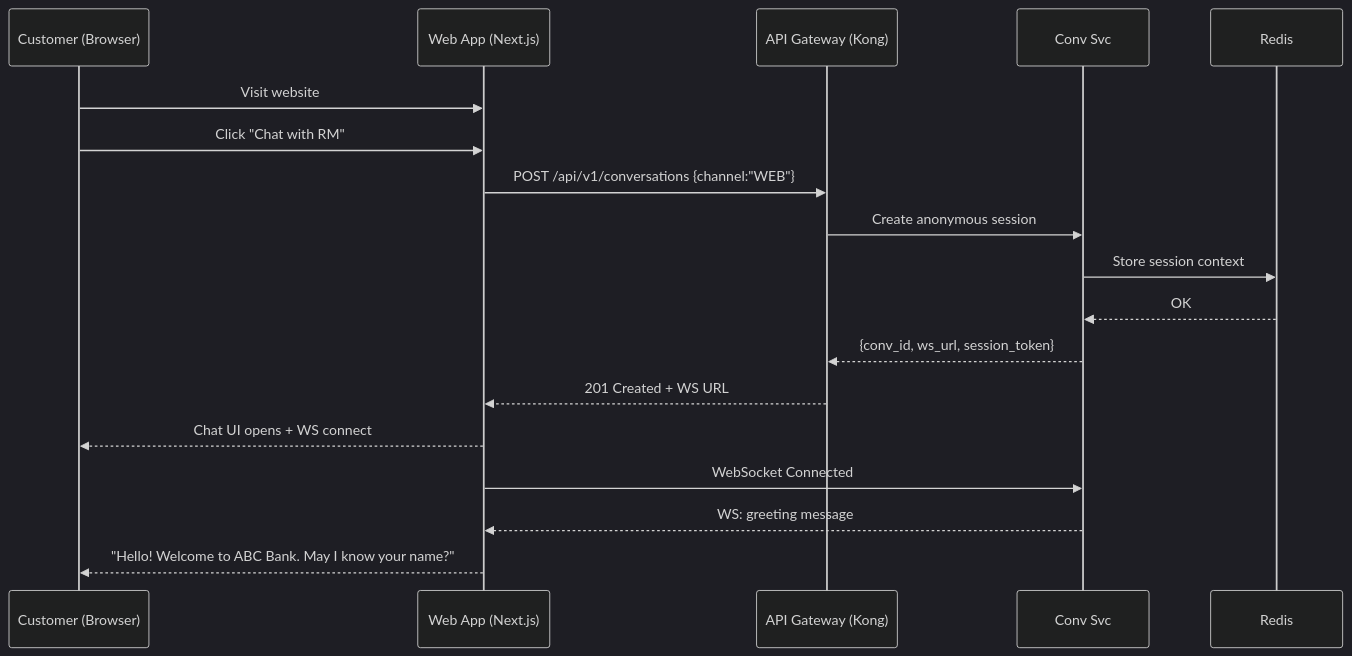
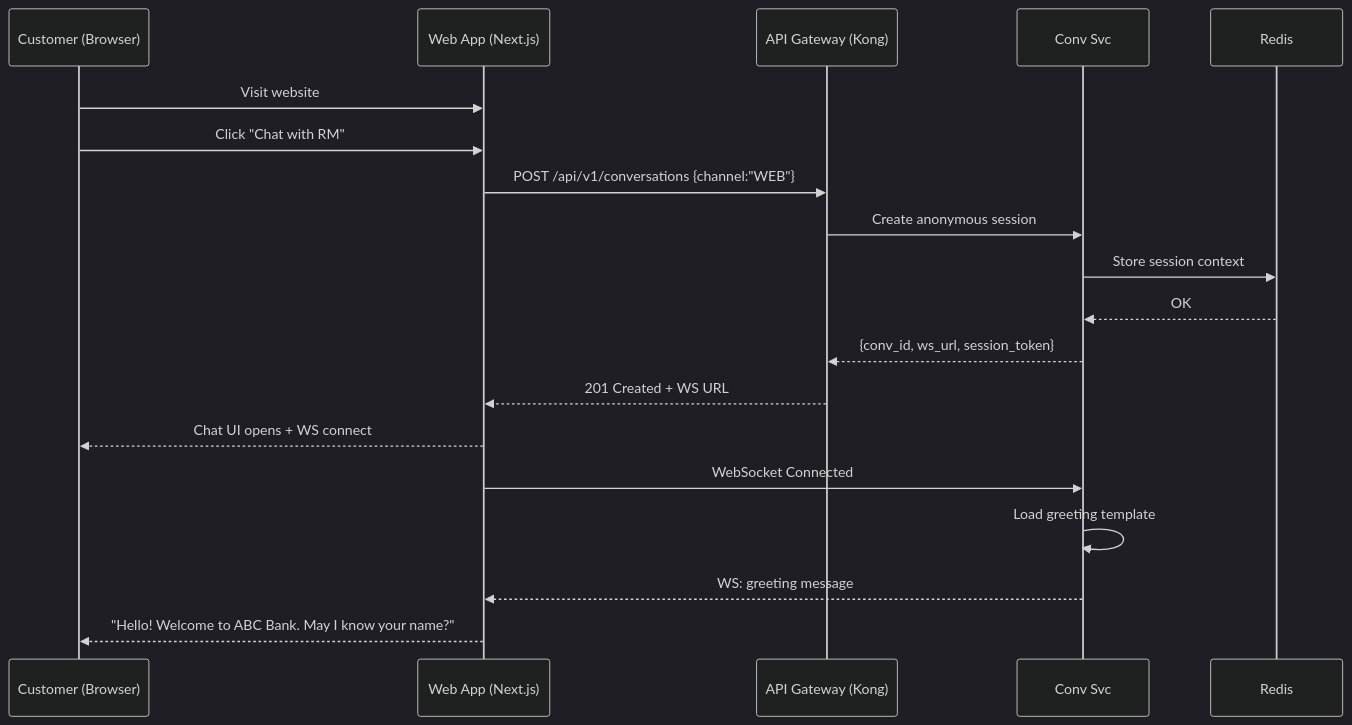
The first of 20 diagrams in docs/design/05-sequence-diagrams.md (Cognition-Partner-Workshops/uc-framework-upgrade-monolith-to-microservices), drawn with Mermaid (dark theme) before and after one commit. The commit also changed other lines of this file and 4 other files, not shown here.

````diff
--- a/docs/design/05-sequence-diagrams.md
+++ b/docs/design/05-sequence-diagrams.md
@@ -38,21 +38,22 @@
 ```mermaid
 sequenceDiagram
     participant C as Customer (Browser)
     participant W as Web App (Next.js)
     participant GW as API Gateway (Kong)
     participant CS as Conv Svc
     participant R as Redis
 
     C->>W: Visit website
     C->>W: Click "Chat with RM"
     W->>GW: POST /api/v1/conversations {channel:"WEB"}
     GW->>CS: Create anonymous session
     CS->>R: Store session context
     R-->>CS: OK
     CS-->>GW: {conv_id, ws_url, session_token}
     GW-->>W: 201 Created + WS URL
     W-->>C: Chat UI opens + WS connect
     W->>CS: WebSocket Connected
+    CS->>CS: Load greeting template
     CS-->>W: WS: greeting message
     W-->>C: "Hello! Welcome to ABC Bank. May I know your name?"
 ```
````
